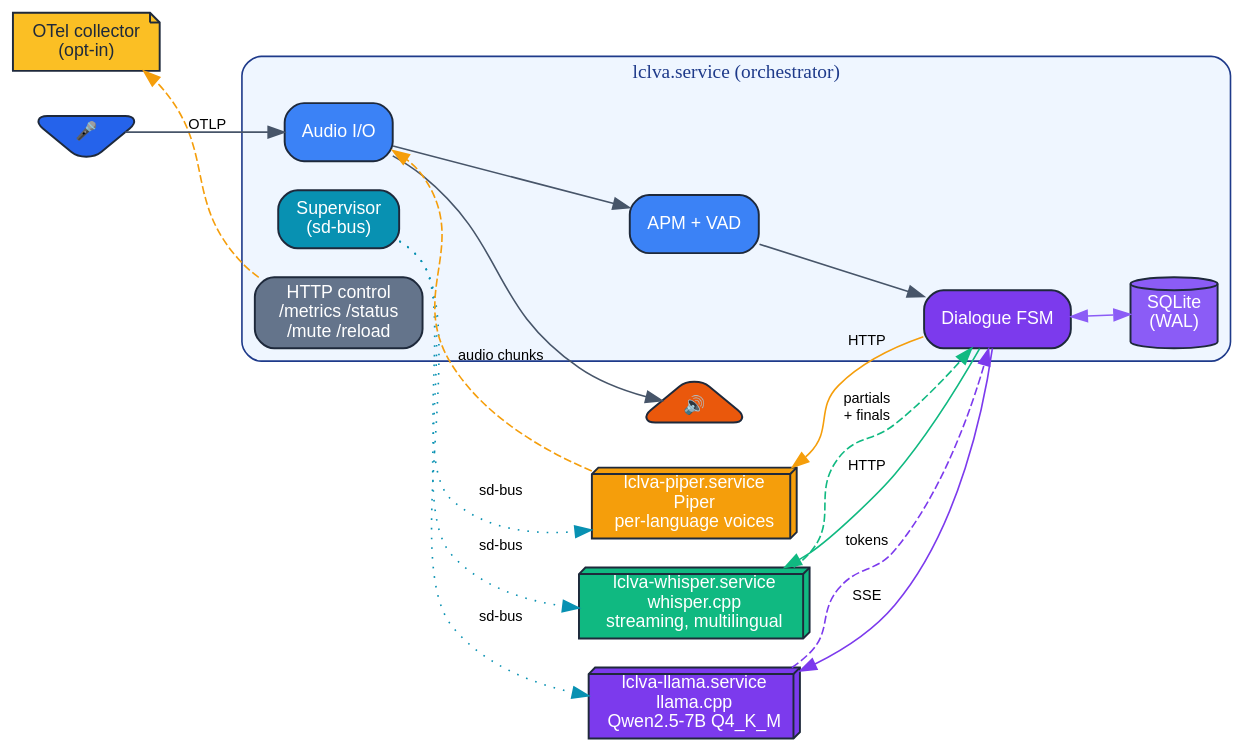
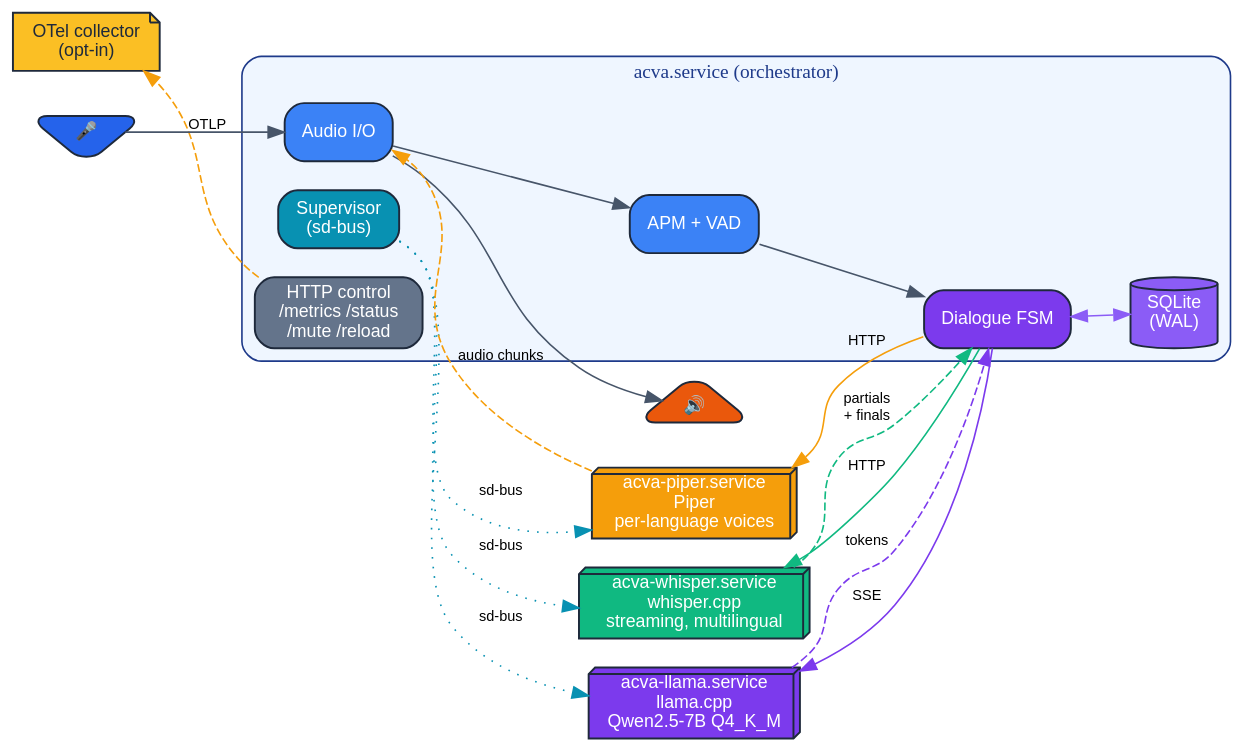
The second of 6 diagrams in plans/project_design.md (agutikov/lclva), drawn with Graphviz before and after one commit. The commit also changed other lines of this file and 91 other files, not shown here.

````diff
--- a/plans/project_design.md
+++ b/plans/project_design.md
@@ -82,44 +82,44 @@
 ```dot
 digraph Topology {
   rankdir=LR; bgcolor="transparent"; pad=0.3; compound=true;
   node [style="filled,rounded", fontname="Helvetica", fontsize=11, penwidth=1.2, color="#1E293B"];
   edge [fontname="Helvetica", fontsize=9, color="#475569"];
 
   subgraph cluster_orch {
-    label="lclva.service (orchestrator)"; style="rounded,filled";
+    label="acva.service (orchestrator)"; style="rounded,filled";
     color="#1E3A8A"; fontcolor="#1E3A8A"; fillcolor="#EFF6FF"; fontsize=12;
     AudioIO    [shape=box,      fillcolor="#3B82F6", fontcolor=white, label="Audio I/O"];
     APMVAD     [shape=box,      fillcolor="#3B82F6", fontcolor=white, label="APM + VAD"];
     Dialogue   [shape=box,      fillcolor="#7C3AED", fontcolor=white, label="Dialogue FSM"];
     Memory     [shape=cylinder, fillcolor="#8B5CF6", fontcolor=white, label="SQLite\n(WAL)"];
     Supervisor [shape=box,      fillcolor="#0891B2", fontcolor=white, label="Supervisor\n(sd-bus)"];
     Control    [shape=box,      fillcolor="#64748B", fontcolor=white, label="HTTP control\n/metrics /status\n/mute /reload"];
   }
 
-  Llama   [shape=box3d, fillcolor="#7C3AED", fontcolor=white, label="lclva-llama.service\nllama.cpp\nQwen2.5-7B Q4_K_M"];
-  Whisper [shape=box3d, fillcolor="#10B981", fontcolor=white, label="lclva-whisper.service\nwhisper.cpp\nstreaming, multilingual"];
-  Piper   [shape=box3d, fillcolor="#F59E0B", fontcolor=white, label="lclva-piper.service\nPiper\nper-language voices"];
+  Llama   [shape=box3d, fillcolor="#7C3AED", fontcolor=white, label="acva-llama.service\nllama.cpp\nQwen2.5-7B Q4_K_M"];
+  Whisper [shape=box3d, fillcolor="#10B981", fontcolor=white, label="acva-whisper.service\nwhisper.cpp\nstreaming, multilingual"];
+  Piper   [shape=box3d, fillcolor="#F59E0B", fontcolor=white, label="acva-piper.service\nPiper\nper-language voices"];
 
   Mic     [shape=invtriangle, fillcolor="#2563EB", fontcolor=white, label="🎤"];
   Spk     [shape=triangle,    fillcolor="#EA580C", fontcolor=white, label="🔊"];
   OTel    [shape=note,        fillcolor="#FBBF24", fontcolor="#1E293B", label="OTel collector\n(opt-in)"];
 
   Mic -> AudioIO;
   AudioIO -> Spk;
   AudioIO -> APMVAD -> Dialogue;
   Dialogue -> Memory [dir=both, color="#8B5CF6"];
 
   Dialogue -> Whisper [label="HTTP", color="#10B981"];
   Whisper  -> Dialogue [label="partials\n+ finals", color="#10B981", style=dashed];
   Dialogue -> Llama   [label="SSE",  color="#7C3AED"];
   Llama    -> Dialogue [label="tokens", color="#7C3AED", style=dashed];
   Dialogue -> Piper   [label="HTTP", color="#F59E0B"];
   Piper    -> AudioIO  [label="audio chunks", color="#F59E0B", style=dashed];
 
   Supervisor -> Llama   [label="sd-bus", style=dotted, color="#0891B2"];
   Supervisor -> Whisper [label="sd-bus", style=dotted, color="#0891B2"];
   Supervisor -> Piper   [label="sd-bus", style=dotted, color="#0891B2"];
 
   Control -> OTel [label="OTLP", style=dashed, color="#F59E0B", constraint=false];
 }
 ```
````
